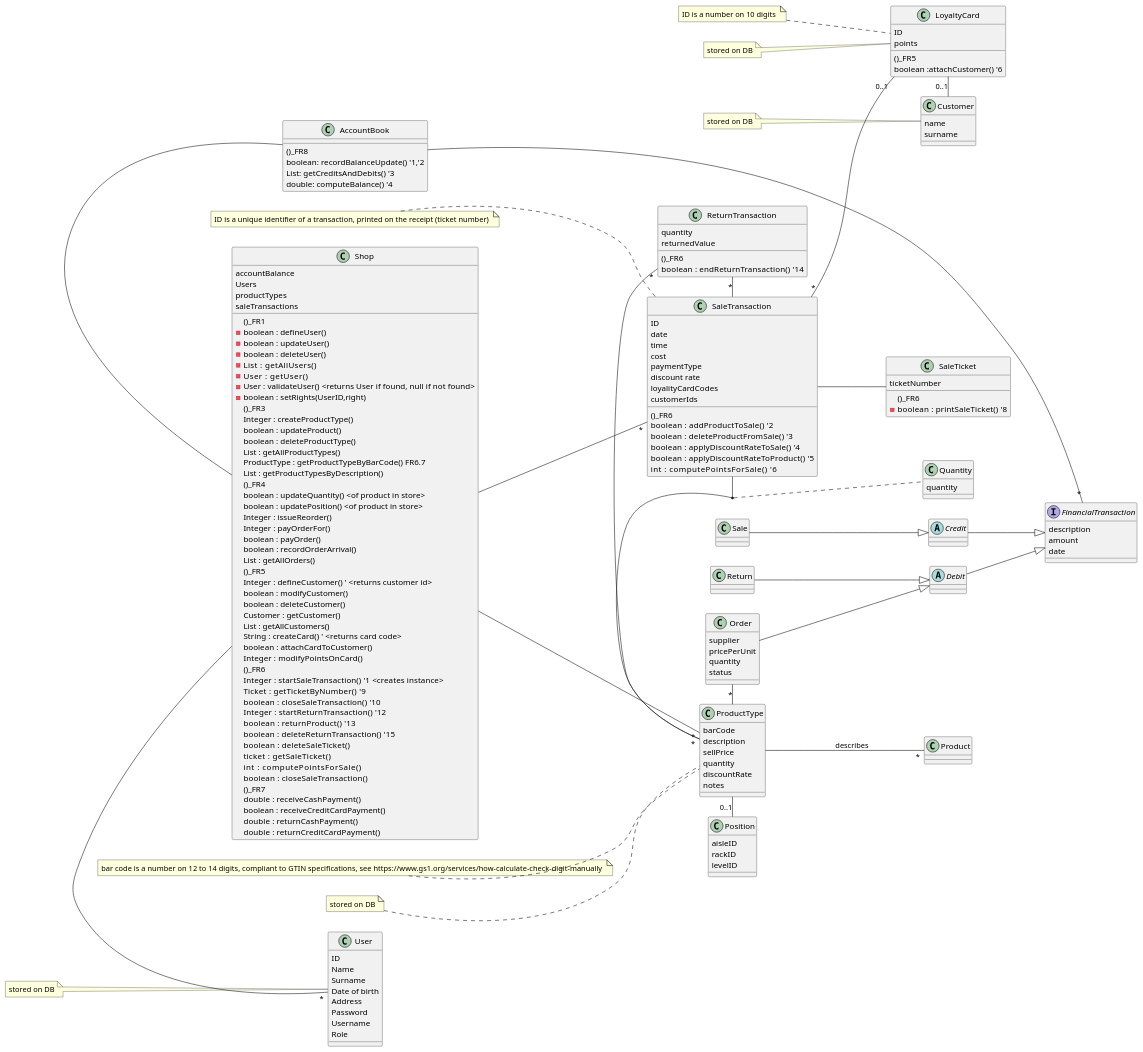
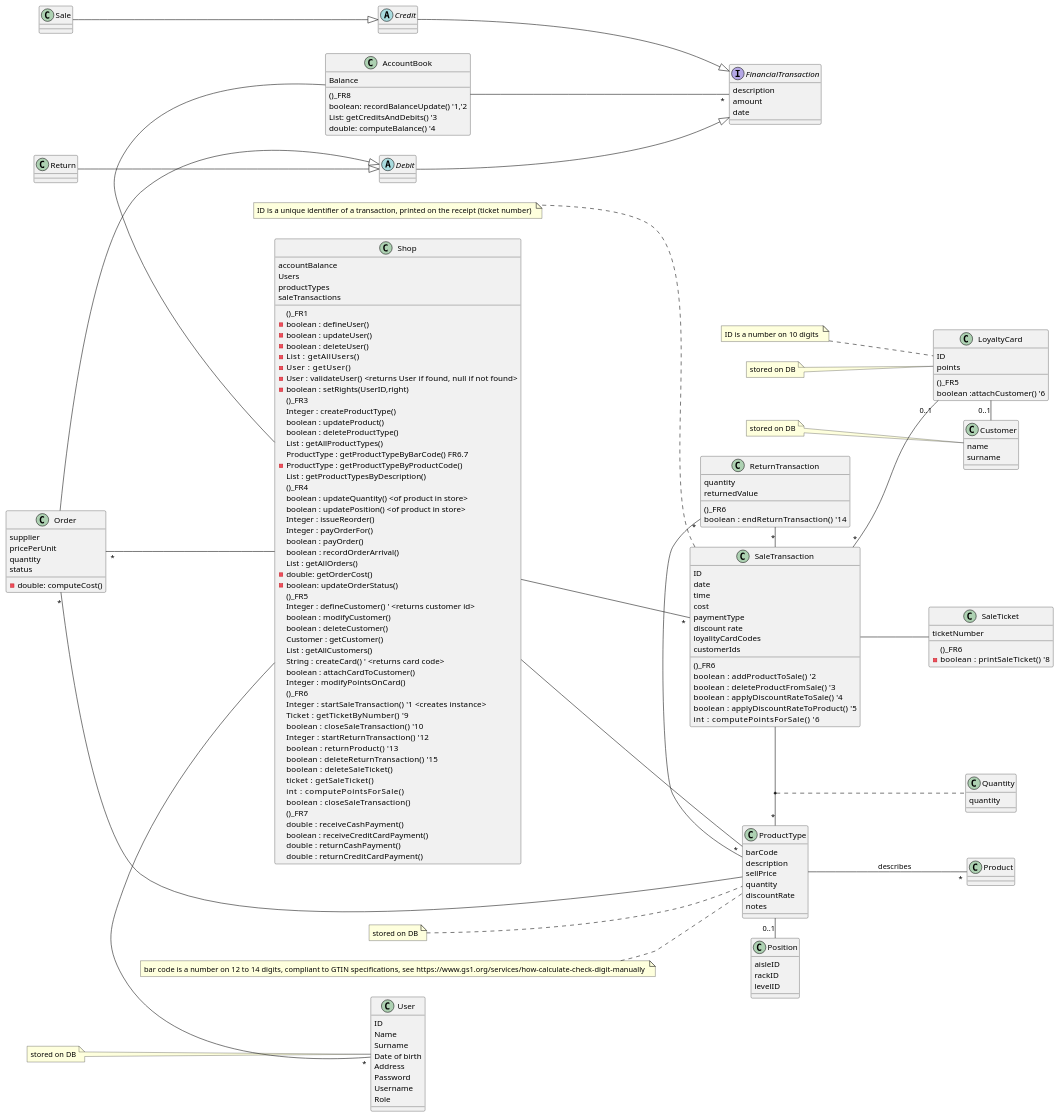
The second of 26 diagrams in Deliverables/DesignDocument.md (zitabou/EZShop), drawn with PlantUML before and after one commit. The commit also changed other lines of this file, not shown here.

Commit message:
add scenarios 3.1,3.2 and update class diagram

```diff
--- a/Deliverables/DesignDocument.md
+++ b/Deliverables/DesignDocument.md
@@ -69,6 +69,7 @@
     boolean : deleteProductType()
     List : getAllProductTypes()
     ProductType : getProductTypeByBarCode() FR6.7
+    -ProductType : getProductTypeByProductCode()
     List : getProductTypesByDescription()
     ()_FR4
     boolean : updateQuantity() <of product in store>
@@ -78,6 +79,8 @@
     boolean : payOrder()
     boolean : recordOrderArrival()
     List : getAllOrders()
+    -double: getOrderCost()
+    -boolean: updateOrderStatus()
     ()_FR5
     Integer : defineCustomer() ' <returns customer id>
     boolean : modifyCustomer()
@@ -120,6 +123,7 @@
 
 
 class AccountBook{
+    Balance
     ()_FR8
     boolean: recordBalanceUpdate() '1,'2
     List: getCreditsAndDebits() '3
@@ -140,7 +144,6 @@
 Credit --|> FinancialTransaction
 Debit --|> FinancialTransaction
 
-class Order
 class Sale
 class Return
 
@@ -230,8 +233,9 @@
   pricePerUnit
   quantity
   status
+  -double: computeCost()
 }
-
+Order "*" -- Shop
 Order "*" - ProductType
 
 class ReturnTransaction {
```
